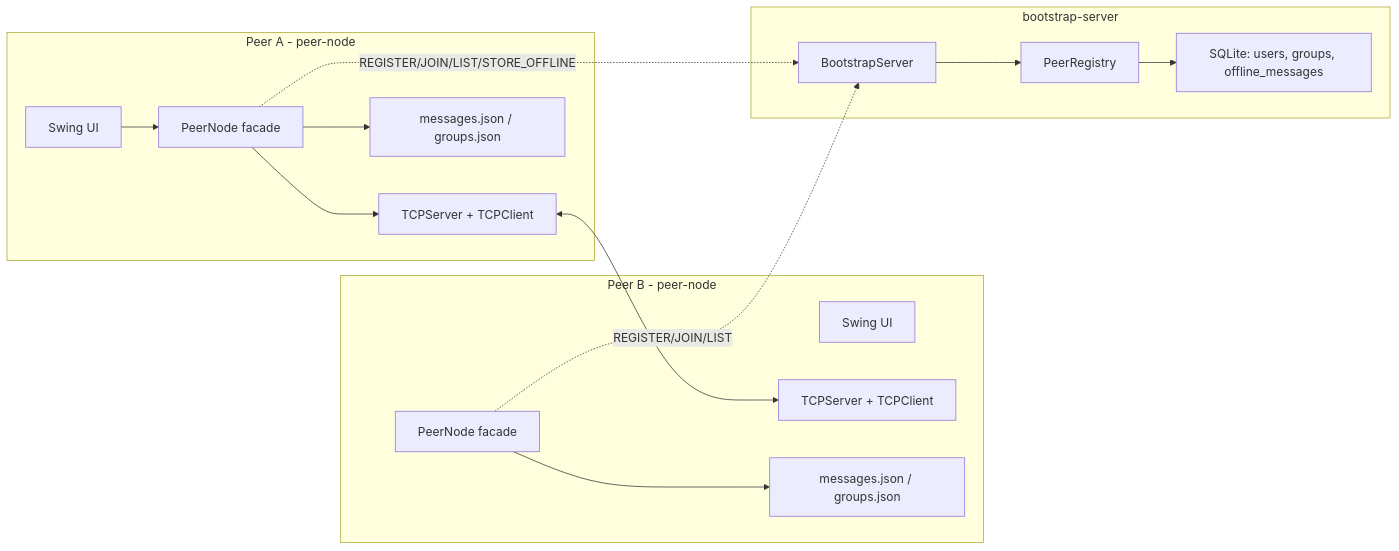
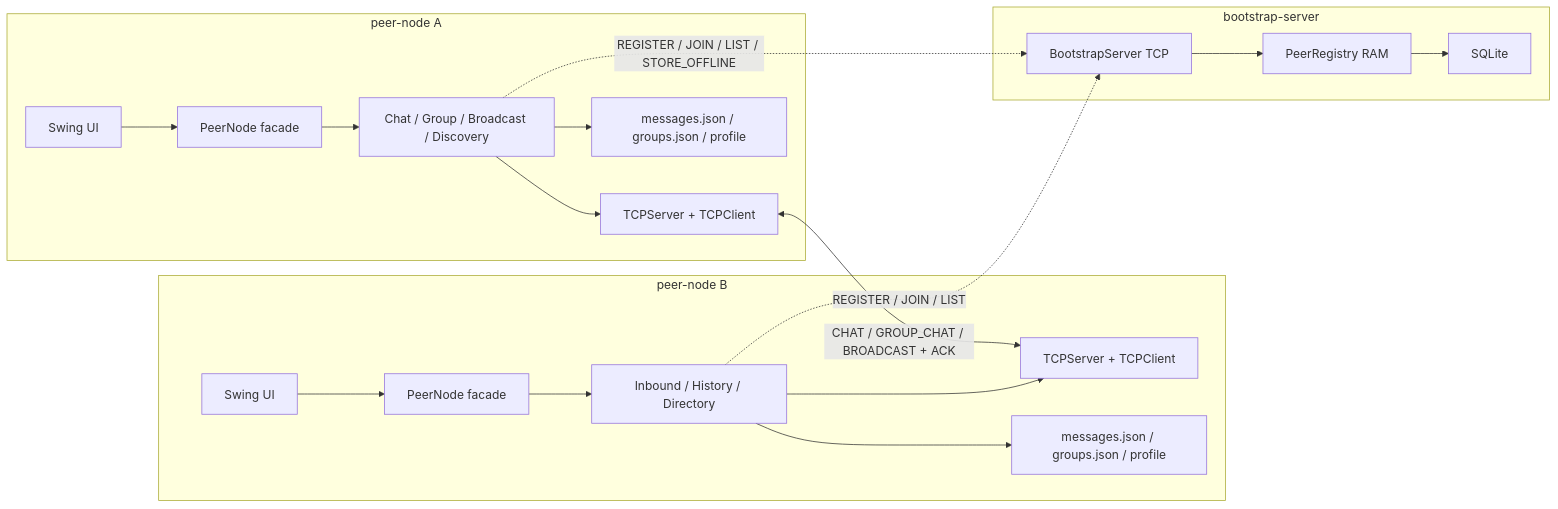
Before and after one commit to dungcony/p2p: the first of 2 diagrams in docs/design.md, drawn with Mermaid. The commit also changed other lines of this file and 14 other files, not shown here.

````diff
--- a/docs/design.md
+++ b/docs/design.md
@@ -20,32 +31,34 @@
 ```mermaid
 flowchart LR
-    subgraph PeerA["Peer A - peer-node"]
+    subgraph PeerA["peer-node A"]
         UIA["Swing UI"]
         NodeA["PeerNode facade"]
-        TCPA["TCPServer + TCPClient"]
-        StoreA["messages.json / groups.json"]
+        ServicesA["Chat / Group / Broadcast / Discovery"]
+        NetA["TCPServer + TCPClient"]
+        StoreA["messages.json / groups.json / profile"]
     end
 
-    subgraph PeerB["Peer B - peer-node"]
+    subgraph PeerB["peer-node B"]
         UIB["Swing UI"]
         NodeB["PeerNode facade"]
-        TCPB["TCPServer + TCPClient"]
-        StoreB["messages.json / groups.json"]
+        ServicesB["Inbound / History / Directory"]
+        NetB["TCPServer + TCPClient"]
+        StoreB["messages.json / groups.json / profile"]
     end
 
-    subgraph BS["bootstrap-server"]
-        Tracker["BootstrapServer"]
-        Registry["PeerRegistry"]
-        DB["SQLite: users, groups, offline_messages"]
+    subgraph Bootstrap["bootstrap-server"]
+        Server["BootstrapServer TCP"]
+        Registry["PeerRegistry RAM"]
+        DB["SQLite"]
     end
 
-    UIA --> NodeA
-    NodeA --> TCPA
-    TCPA <--> TCPB
-    NodeA --> StoreA
-    NodeB --> StoreB
-    NodeA -. REGISTER/JOIN/LIST/STORE_OFFLINE .-> Tracker
-    NodeB -. REGISTER/JOIN/LIST .-> Tracker
-    Tracker --> Registry
+    UIA --> NodeA --> ServicesA --> NetA
+    UIB --> NodeB --> ServicesB --> NetB
+    NetA <-->|"CHAT / GROUP_CHAT / BROADCAST + ACK"| NetB
+    ServicesA --> StoreA
+    ServicesB --> StoreB
+    ServicesA -. "REGISTER / JOIN / LIST / STORE_OFFLINE" .-> Server
+    ServicesB -. "REGISTER / JOIN / LIST" .-> Server
+    Server --> Registry
     Registry --> DB
 ```
````
